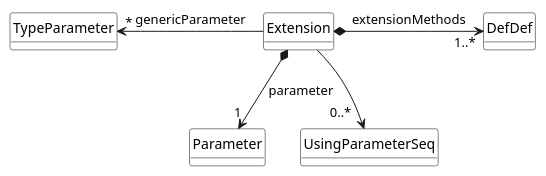
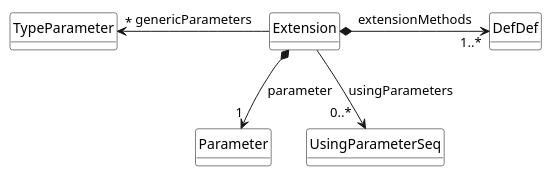
Before and after one commit to tizuck/scala-uml: the diagram in scala-uml-meta/util/extension.meta.puml, drawn with PlantUML. The commit also changed 6 other files, not shown here.

```diff
--- a/scala-uml-meta/util/extension.meta.puml
+++ b/scala-uml-meta/util/extension.meta.puml
@@ -1,18 +1,18 @@
 @startuml
 
 class Extension 
 
-Extension --left> "*" TypeParameter : genericParameter
-Extension *--> "1" Parameter : parameter 
-Extension --> "0..*  " UsingParameterSeq
+Extension --left> "*" TypeParameter : genericParameters
+Extension *--> "1" Parameter : parameter
+Extension --> "0..*  " UsingParameterSeq : usingParameters
 Extension *--right> "1..*" DefDef : extensionMethods
 
 hide class circle
 hide class methods
 
 skinparam class {
     BackgroundColor White
     ArrowColor Black
     BorderColor Black
 }
 @enduml
```
